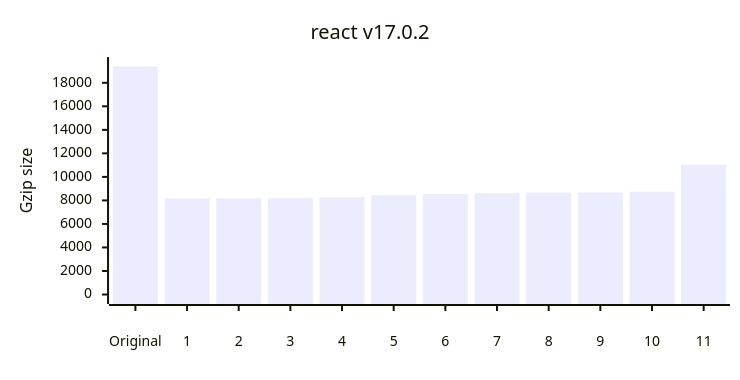
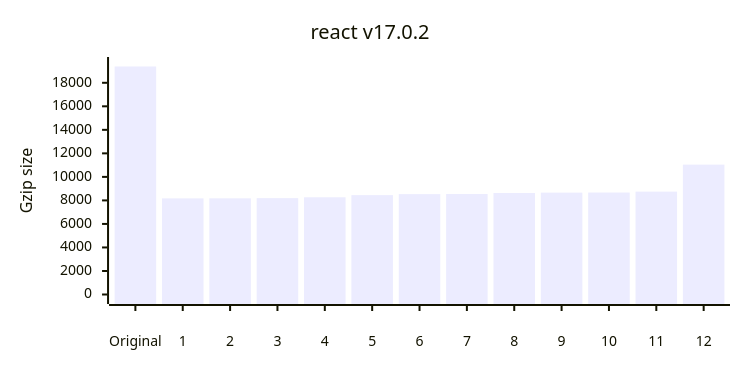
The first of 12 diagrams in README.md (privatenumber/minification-benchmarks), drawn with Mermaid before and after one commit. The commit also changed other lines of this file and 1 other file, not shown here.

````diff
--- a/README.md
+++ b/README.md
@@ -69,17 +70,17 @@
 ```mermaid
 ---
 config:
     xyChart:
         width: 720
         height: 360
         xAxis:
             labelPadding: 20
         yAxis:
             labelPadding: 10
 ---
 xychart-beta
 	title "react v17.0.2"
-	x-axis ["Original",1,2,3,4,5,6,7,8,9,10,11]
+	x-axis ["Original",1,2,3,4,5,6,7,8,9,10,11,12]
 	y-axis "Gzip size" 0 --> 19385
-	bar [19385,8173,8177,8193,8265,8448,8543,8631,8661,8668,8746,11040]
+	bar [19385,8173,8177,8193,8265,8448,8534,8543,8631,8661,8668,8746,11040]
 ```
````
